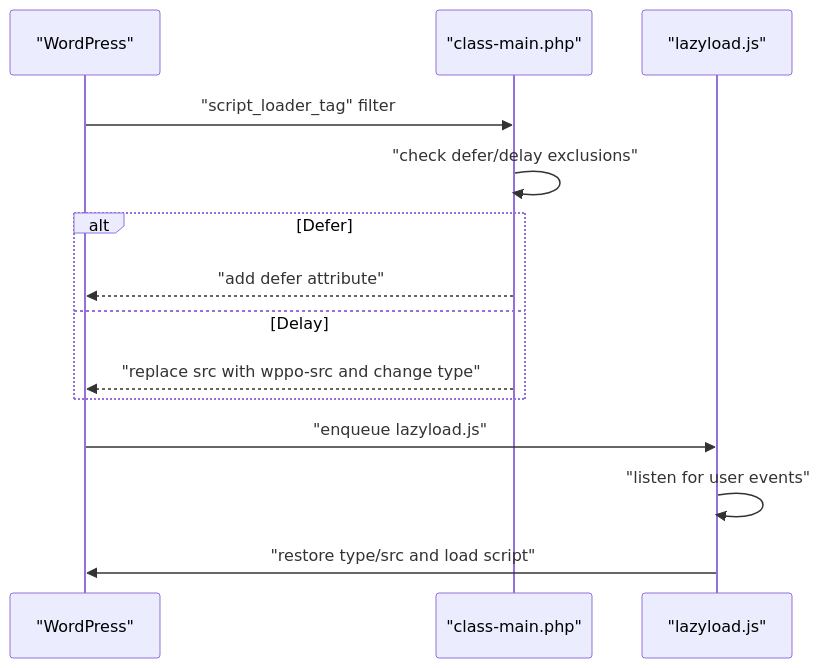
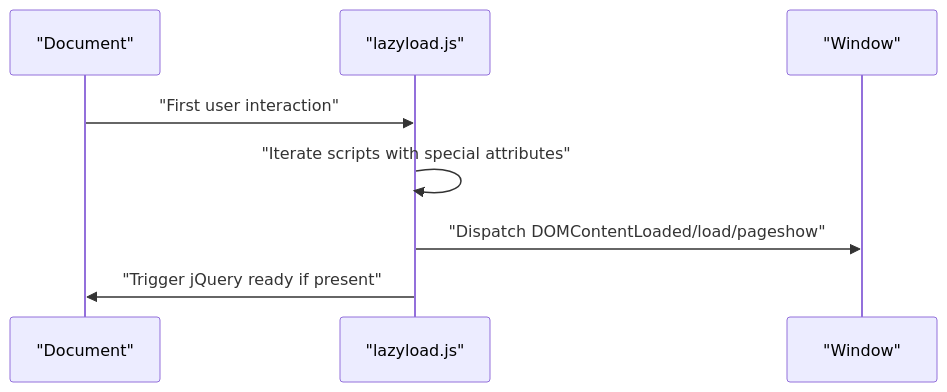
Before and after one commit to nilesh32236/performance-optimisation: the sixth of 8 diagrams in .qoder/repowiki/en/content/Asset Optimization/JavaScript Optimization.md, drawn with Mermaid. The commit also changed other lines of this file and 46 other files, not shown here.

````diff
--- a/.qoder/repowiki/en/content/Asset Optimization/JavaScript Optimization.md
+++ b/.qoder/repowiki/en/content/Asset Optimization/JavaScript Optimization.md
@@ -241,16 +218,10 @@
 ```mermaid
 sequenceDiagram
-participant WP as "WordPress"
-participant Main as "class-main.php"
-participant Lazy as "lazyload.js"
-WP->>Main : "script_loader_tag" filter
-Main->>Main : "check defer/delay exclusions"
-alt Defer
-Main-->>WP : "add defer attribute"
-else Delay
-Main-->>WP : "replace src with wppo-src and change type"
-end
-WP->>Lazy : "enqueue lazyload.js"
-Lazy->>Lazy : "listen for user events"
-Lazy->>WP : "restore type/src and load script"
+participant Doc as "Document"
+participant LL as "lazyload.js"
+participant Win as "Window"
+Doc->>LL : "First user interaction"
+LL->>LL : "Iterate scripts with special attributes"
+LL->>Win : "Dispatch DOMContentLoaded/load/pageshow"
+LL->>Doc : "Trigger jQuery ready if present"
 ```
````
